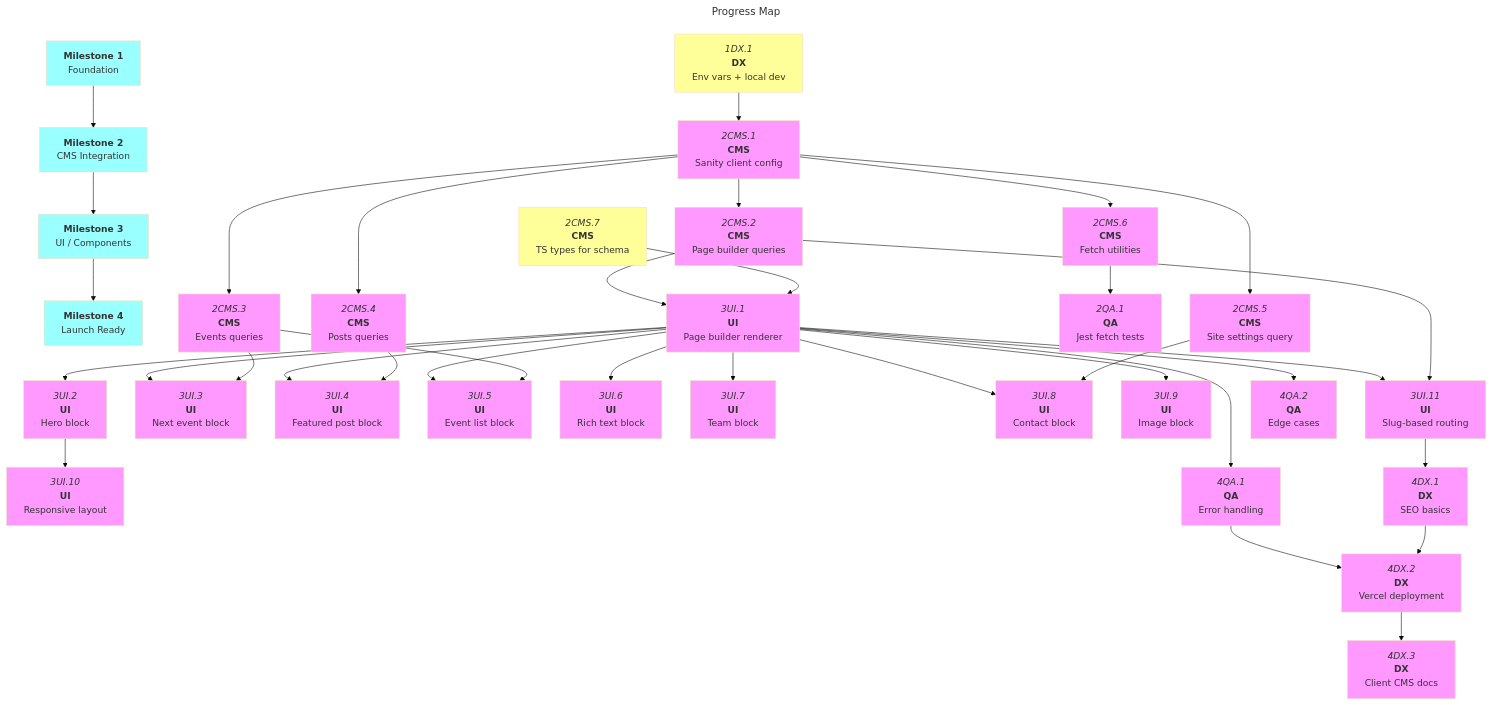
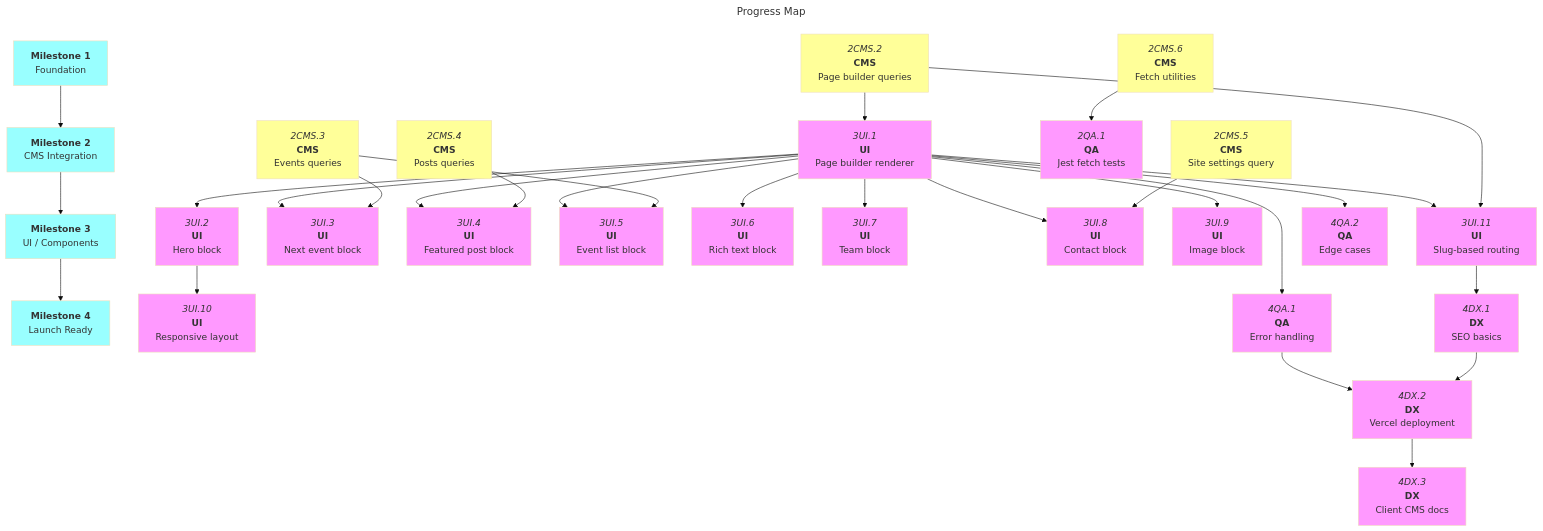
Before and after one commit to Oggie112/C58: the diagram in docs/roadmaps/mvp.md, drawn with Mermaid (base theme). The commit also changed other lines of this file and 2 other files, not shown here.

Commit message:
docs: :memo: Changes to roadmap, mvp and claude. Set up of types and sanity client

````diff
--- a/docs/roadmaps/mvp.md
+++ b/docs/roadmaps/mvp.md
@@ -135,63 +136,57 @@
 ```mermaid
 ---
 title: Progress Map
 ---
 graph TD
 
 m1["`**Milestone 1**<br/>Foundation`"]:::mile
 m2["`**Milestone 2**<br/>CMS Integration`"]:::mile
 m3["`**Milestone 3**<br/>UI / Components`"]:::mile
 m4["`**Milestone 4**<br/>Launch Ready`"]:::mile
 
 m1 --> m2 --> m3 --> m4
 
-1DX.1["`*1DX.1*<br/>**DX**<br/>Env vars + local dev`"]:::open
-
-2CMS.1["`*2CMS.1*<br/>**CMS**<br/>Sanity client config`"]
-2CMS.2["`*2CMS.2*<br/>**CMS**<br/>Page builder queries`"]
-2CMS.3["`*2CMS.3*<br/>**CMS**<br/>Events queries`"]
-2CMS.4["`*2CMS.4*<br/>**CMS**<br/>Posts queries`"]
-2CMS.5["`*2CMS.5*<br/>**CMS**<br/>Site settings query`"]
-2CMS.6["`*2CMS.6*<br/>**CMS**<br/>Fetch utilities`"]
-2CMS.7["`*2CMS.7*<br/>**CMS**<br/>TS types for schema`"]:::open
+2CMS.2["`*2CMS.2*<br/>**CMS**<br/>Page builder queries`"]:::open
+2CMS.3["`*2CMS.3*<br/>**CMS**<br/>Events queries`"]:::open
+2CMS.4["`*2CMS.4*<br/>**CMS**<br/>Posts queries`"]:::open
+2CMS.5["`*2CMS.5*<br/>**CMS**<br/>Site settings query`"]:::open
+2CMS.6["`*2CMS.6*<br/>**CMS**<br/>Fetch utilities`"]:::open
 2QA.1["`*2QA.1*<br/>**QA**<br/>Jest fetch tests`"]
 
 3UI.1["`*3UI.1*<br/>**UI**<br/>Page builder renderer`"]
 3UI.2["`*3UI.2*<br/>**UI**<br/>Hero block`"]
 3UI.3["`*3UI.3*<br/>**UI**<br/>Next event block`"]
 3UI.4["`*3UI.4*<br/>**UI**<br/>Featured post block`"]
 3UI.5["`*3UI.5*<br/>**UI**<br/>Event list block`"]
 3UI.6["`*3UI.6*<br/>**UI**<br/>Rich text block`"]
 3UI.7["`*3UI.7*<br/>**UI**<br/>Team block`"]
 3UI.8["`*3UI.8*<br/>**UI**<br/>Contact block`"]
 3UI.9["`*3UI.9*<br/>**UI**<br/>Image block`"]
 3UI.10["`*3UI.10*<br/>**UI**<br/>Responsive layout`"]
 3UI.11["`*3UI.11*<br/>**UI**<br/>Slug-based routing`"]
 
 4QA.1["`*4QA.1*<br/>**QA**<br/>Error handling`"]
 4QA.2["`*4QA.2*<br/>**QA**<br/>Edge cases`"]
 4DX.1["`*4DX.1*<br/>**DX**<br/>SEO basics`"]
 4DX.2["`*4DX.2*<br/>**DX**<br/>Vercel deployment`"]
 4DX.3["`*4DX.3*<br/>**DX**<br/>Client CMS docs`"]
 
-1DX.1 --> 2CMS.1
-2CMS.1 --> 2CMS.2 & 2CMS.3 & 2CMS.4 & 2CMS.5 & 2CMS.6
 2CMS.6 --> 2QA.1
 
-2CMS.2 & 2CMS.7 --> 3UI.1
+2CMS.2 --> 3UI.1
 3UI.1 --> 3UI.2 & 3UI.6 & 3UI.7 & 3UI.9
 3UI.1 & 2CMS.3 --> 3UI.3 & 3UI.5
 3UI.1 & 2CMS.4 --> 3UI.4
 3UI.1 & 2CMS.5 --> 3UI.8
 3UI.1 & 2CMS.2 --> 3UI.11
 3UI.2 --> 3UI.10
 
 3UI.1 --> 4QA.1 & 4QA.2
 3UI.11 --> 4DX.1
 4QA.1 & 4DX.1 --> 4DX.2
 4DX.2 --> 4DX.3
 
 classDef default fill:#f9f
 classDef open fill:#ff9
 classDef mile fill:#9ff
 ```
````
